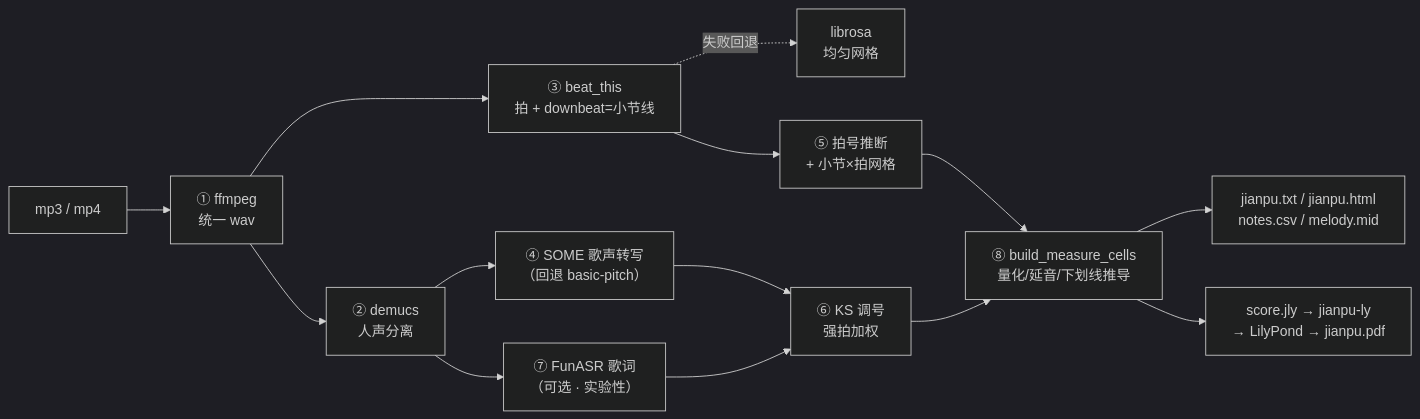
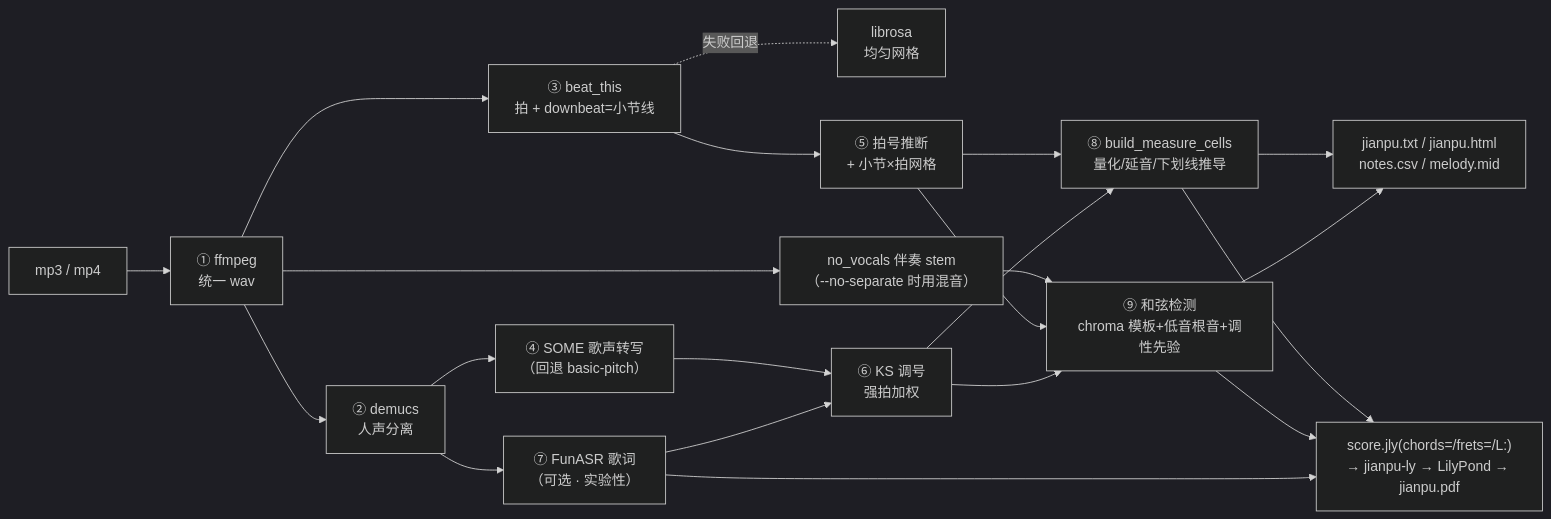
The first of 2 diagrams in AGENTS.md (kaleyroy/JianPuPipeline), drawn with Mermaid (dark theme) before and after one commit. The commit also changed other lines of this file and 14 other files, not shown here.

````diff
--- a/AGENTS.md
+++ b/AGENTS.md
@@ -21,16 +22,23 @@
 ```mermaid
 flowchart LR
     A["mp3 / mp4"] --> B["① ffmpeg<br/>统一 wav"]
     B --> C["② demucs<br/>人声分离"]
     B --> D2["③ beat_this<br/>拍 + downbeat=小节线"]
     D2 -. "失败回退" .-> D2F["librosa<br/>均匀网格"]
     C --> D1["④ SOME 歌声转写<br/>（回退 basic-pitch）"]
     C --> F["⑦ FunASR 歌词<br/>（可选 · 实验性）"]
+    B --> C2["no_vocals 伴奏 stem<br/>（--no-separate 时用混音）"]
+    C2 --> CH["⑨ 和弦检测<br/>chroma 模板+低音根音+调性先验"]
     D1 --> G["⑥ KS 调号<br/>强拍加权"]
     D2 --> E["⑤ 拍号推断<br/>+ 小节×拍网格"]
     F --> G
     E --> H["⑧ build_measure_cells<br/>量化/延音/下划线推导"]
     G --> H
+    E --> CH
+    G --> CH
     H --> O1["jianpu.txt / jianpu.html<br/>notes.csv / melody.mid"]
-    H --> O2["score.jly → jianpu-ly<br/>→ LilyPond → jianpu.pdf"]
+    CH --> O1
+    H --> O2["score.jly(chords=/frets=/L:)<br/>→ jianpu-ly → LilyPond → jianpu.pdf"]
+    CH --> O2
+    F --> O2
 ```
````
